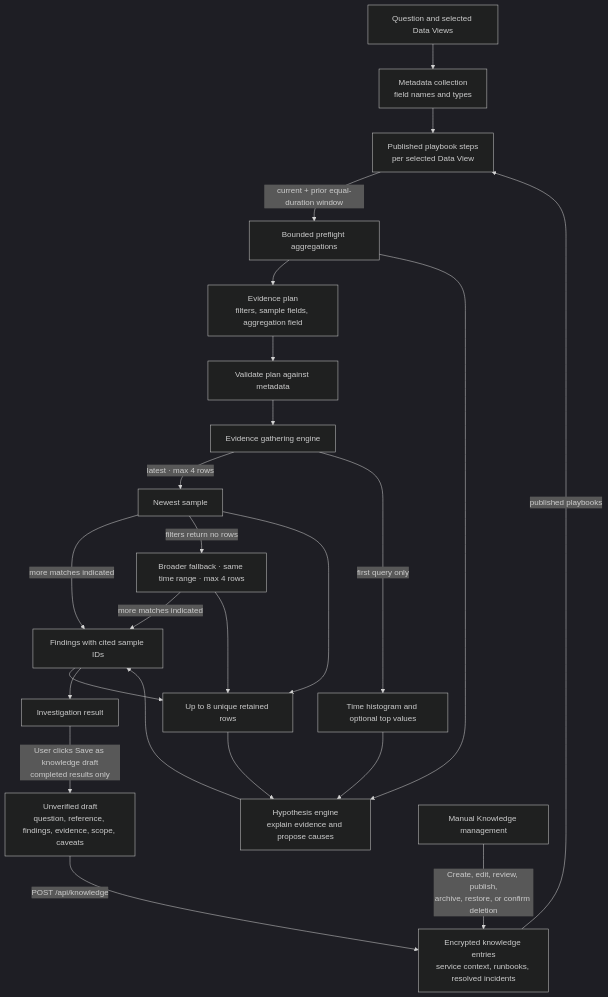
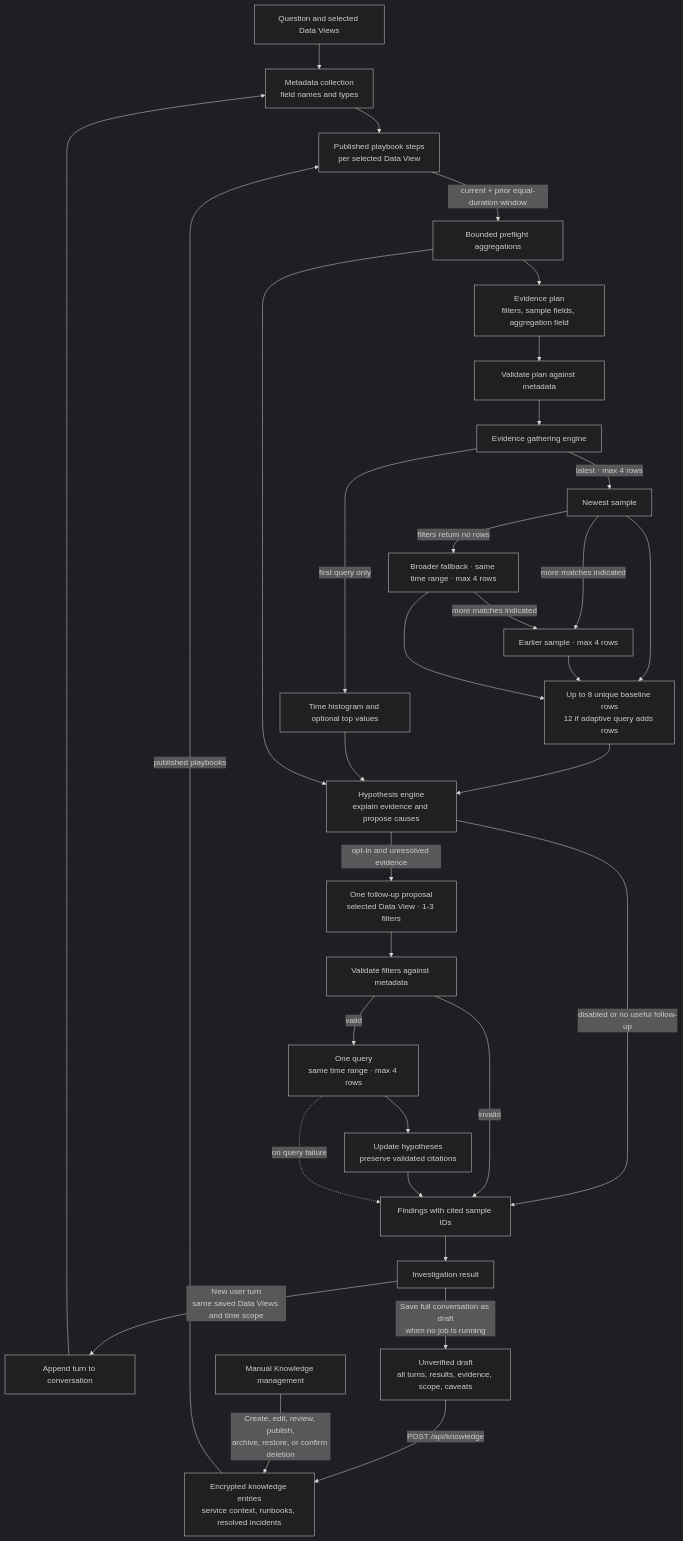
The first of 2 diagrams in docs/investigation-pipeline.md (InvestiGenie/investigenie), drawn with Mermaid (dark theme) before and after one commit. The commit also changed other lines of this file and 19 other files, not shown here.

````diff
--- a/docs/investigation-pipeline.md
+++ b/docs/investigation-pipeline.md
@@ -5,26 +5,35 @@
 ```mermaid
 flowchart TD
     Q[Question and selected Data Views] --> M[Metadata collection<br/>field names and types]
     M --> PB[Published playbook steps<br/>per selected Data View]
     PB -->|current + prior equal-duration window| PA[Bounded preflight aggregations]
     PA --> P[Evidence plan<br/>filters, sample fields, aggregation field]
     P --> V[Validate plan against metadata]
     V --> E[Evidence gathering engine]
     E -->|latest · max 4 rows| L[Newest sample]
-    L -->|more matches indicated| R[Earlier sample · max 4 rows]
+    L -->|more matches indicated| EARLY[Earlier sample · max 4 rows]
     L -->|filters return no rows| F[Broader fallback · same time range · max 4 rows]
-    F -->|more matches indicated| R
-    L --> S[Up to 8 unique retained rows]
-    R --> S
+    F -->|more matches indicated| EARLY
+    L --> S[Up to 8 unique baseline rows<br/>12 if adaptive query adds rows]
+    EARLY --> S
     F --> S
     E -->|first query only| A[Time histogram and optional top values]
     S --> H[Hypothesis engine<br/>explain evidence and propose causes]
     A --> H
     PA --> H
-    H --> R[Findings with cited sample IDs]
-    R --> UI[Investigation result]
-    UI -->|User clicks Save as knowledge draft<br/>completed results only| D[Unverified draft<br/>question, reference, findings, evidence, scope, caveats]
+    H -->|disabled or no useful follow-up| RESULT[Findings with cited sample IDs]
+    H -->|opt-in and unresolved evidence| AF[One follow-up proposal<br/>selected Data View · 1-3 filters]
+    AF --> V2[Validate filters against metadata]
+    V2 -->|valid| Q2[One query<br/>same time range · max 4 rows]
+    V2 -->|invalid| RESULT
+    Q2 --> H2[Update hypotheses<br/>preserve validated citations]
+    H2 --> RESULT
+    Q2 -. on query failure .-> RESULT
+    RESULT --> UI[Investigation result]
+    UI -->|New user turn<br/>same saved Data Views and time scope| C[Append turn to conversation]
+    C --> M
+    UI -->|Save full conversation as draft<br/>when no job is running| D[Unverified draft<br/>all turns, results, evidence, scope, caveats]
     D -->|POST /api/knowledge| K[Encrypted knowledge entries<br/>service context, runbooks, resolved incidents]
     U[Manual Knowledge management] -->|Create, edit, review, publish,<br/>archive, restore, or confirm deletion| K
     K -->|published playbooks| PB
 ```
````
